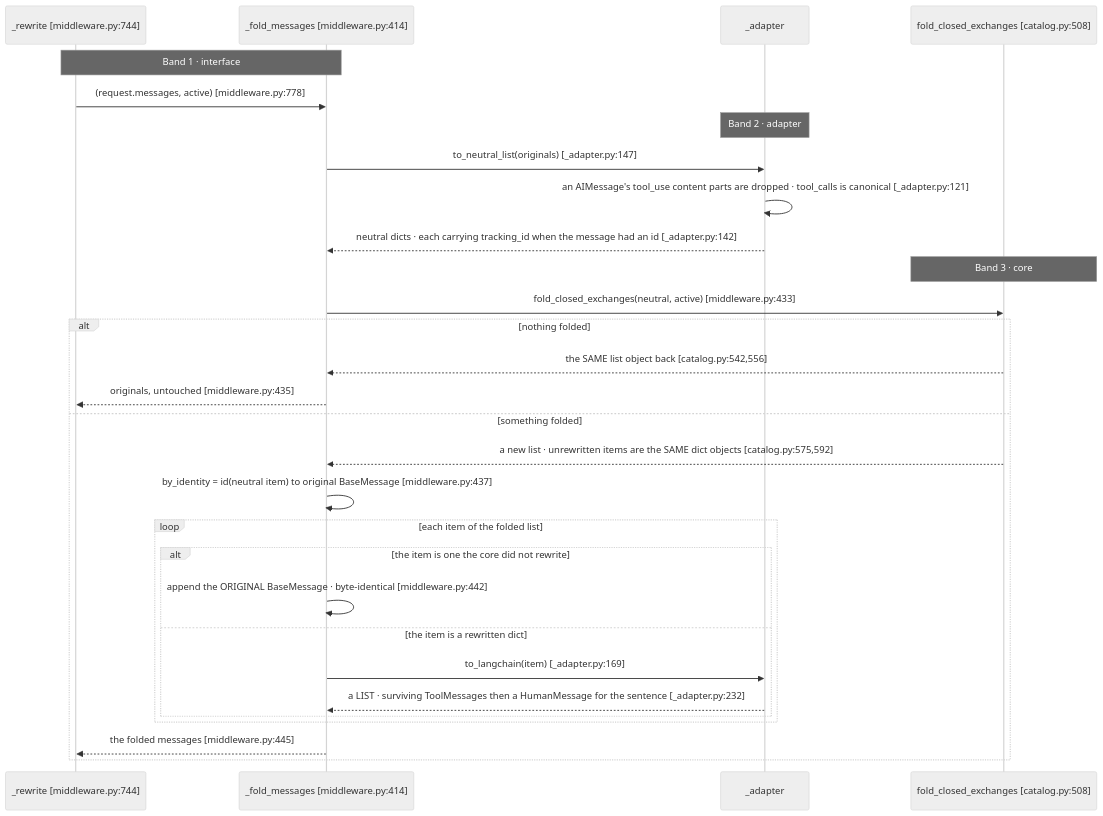
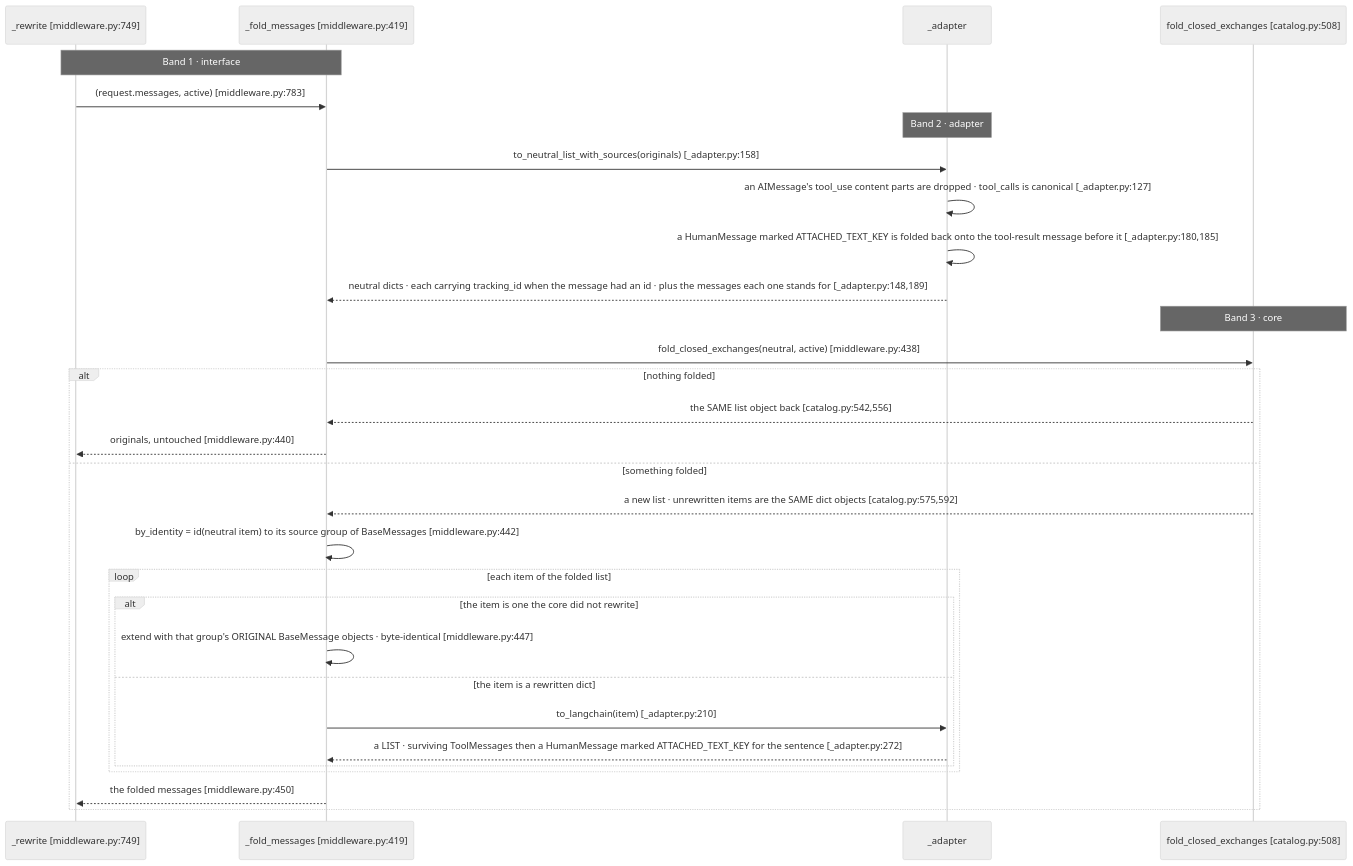
One commit to aws-samples/sample-context-engineering changed the second of 7 diagrams in docs/design/sequence/langgraph/sequence-b-disclosure.md. Above: the diagram before and after it, drawn with Mermaid (neutral theme). The commit also changed other lines of this file and 4 other files, not shown here.

First line of the commit message:
docs(langgraph): benchmark result and diagrams re-anchored to the final code

````diff
--- a/docs/design/sequence/langgraph/sequence-b-disclosure.md
+++ b/docs/design/sequence/langgraph/sequence-b-disclosure.md
@@ -341,32 +379,33 @@
 ```mermaid
 sequenceDiagram
-    participant RW as _rewrite [middleware.py:744]
-    participant FM as _fold_messages [middleware.py:414]
+    participant RW as _rewrite [middleware.py:749]
+    participant FM as _fold_messages [middleware.py:419]
     participant AD as _adapter
     participant Core as fold_closed_exchanges [catalog.py:508]
 
     Note over RW,FM: Band 1 · interface
-    RW->>FM: (request.messages, active) [middleware.py:778]
+    RW->>FM: (request.messages, active) [middleware.py:783]
     Note over AD: Band 2 · adapter
-    FM->>AD: to_neutral_list(originals) [_adapter.py:147]
-    AD->>AD: an AIMessage's tool_use content parts are dropped · tool_calls is canonical [_adapter.py:121]
-    AD-->>FM: neutral dicts · each carrying tracking_id when the message had an id [_adapter.py:142]
+    FM->>AD: to_neutral_list_with_sources(originals) [_adapter.py:158]
+    AD->>AD: an AIMessage's tool_use content parts are dropped · tool_calls is canonical [_adapter.py:127]
+    AD->>AD: a HumanMessage marked ATTACHED_TEXT_KEY is folded back onto the tool-result message before it [_adapter.py:180,185]
+    AD-->>FM: neutral dicts · each carrying tracking_id when the message had an id · plus the messages each one stands for [_adapter.py:148,189]
     Note over Core: Band 3 · core
-    FM->>Core: fold_closed_exchanges(neutral, active) [middleware.py:433]
+    FM->>Core: fold_closed_exchanges(neutral, active) [middleware.py:438]
     alt nothing folded
         Core-->>FM: the SAME list object back [catalog.py:542,556]
-        FM-->>RW: originals, untouched [middleware.py:435]
+        FM-->>RW: originals, untouched [middleware.py:440]
     else something folded
         Core-->>FM: a new list · unrewritten items are the SAME dict objects [catalog.py:575,592]
-        FM->>FM: by_identity = id(neutral item) to original BaseMessage [middleware.py:437]
+        FM->>FM: by_identity = id(neutral item) to its source group of BaseMessages [middleware.py:442]
         loop each item of the folded list
             alt the item is one the core did not rewrite
-                FM->>FM: append the ORIGINAL BaseMessage · byte-identical [middleware.py:442]
+                FM->>FM: extend with that group's ORIGINAL BaseMessage objects · byte-identical [middleware.py:447]
             else the item is a rewritten dict
-                FM->>AD: to_langchain(item) [_adapter.py:169]
-                AD-->>FM: a LIST · surviving ToolMessages then a HumanMessage for the sentence [_adapter.py:232]
+                FM->>AD: to_langchain(item) [_adapter.py:210]
+                AD-->>FM: a LIST · surviving ToolMessages then a HumanMessage marked ATTACHED_TEXT_KEY for the sentence [_adapter.py:272]
             end
         end
-        FM-->>RW: the folded messages [middleware.py:445]
+        FM-->>RW: the folded messages [middleware.py:450]
     end
 ```
````
